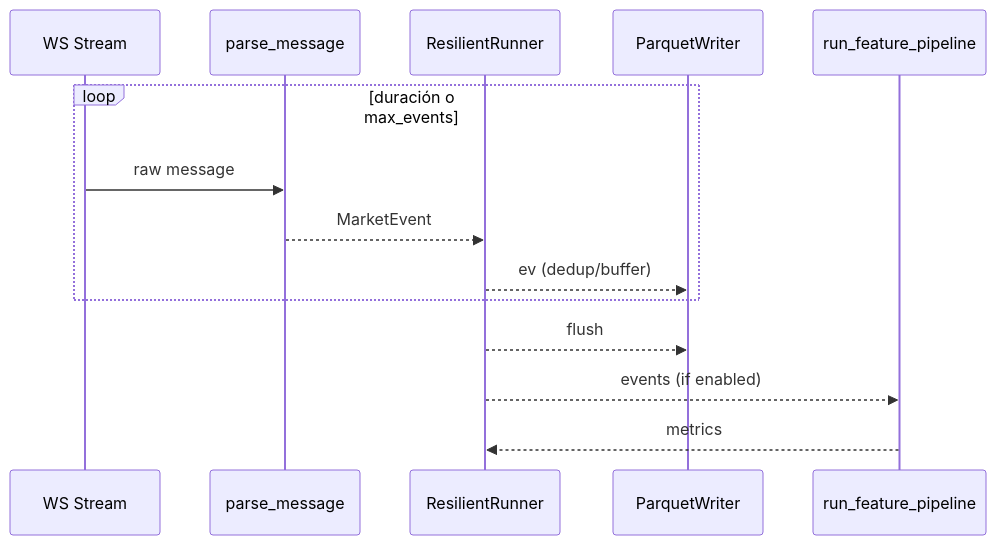
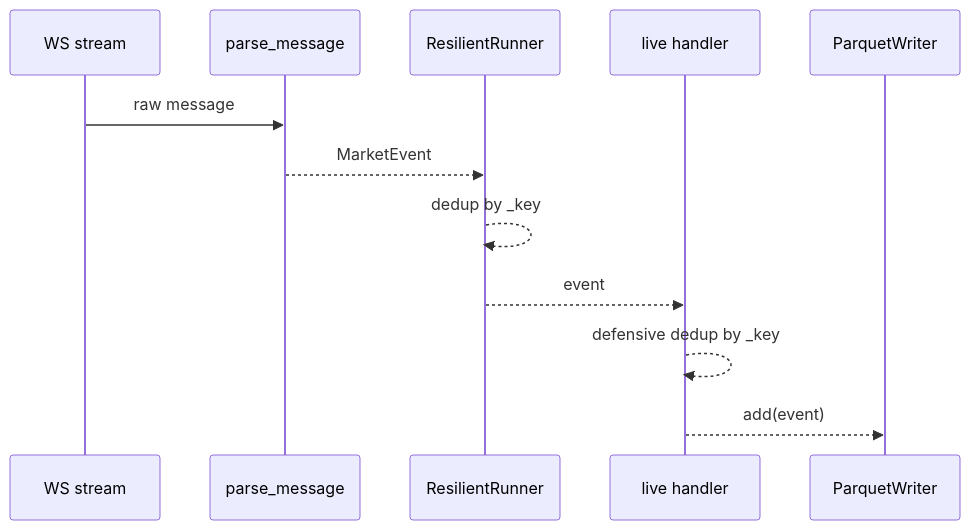
One commit to oscarlgarcia/MyTraderSystem changed the second of 5 diagrams in docs/ingestion.md. Above: the diagram before and after it, drawn with Mermaid. The commit also changed other lines of this file and 9 other files, not shown here.

Commit message:
Unify ingestion dedup across live and backfill

````diff
--- a/docs/ingestion.md
+++ b/docs/ingestion.md
@@ -74,17 +83,15 @@
 ```mermaid
 sequenceDiagram
-  participant WS as WS Stream
+  participant WS as WS stream
   participant Client as parse_message
   participant Runner as ResilientRunner
+  participant Handler as live handler
   participant Writer as ParquetWriter
-  participant Features as run_feature_pipeline
 
-  loop duración o max_events
-    WS->>Client: raw message
-    Client-->>Runner: MarketEvent
-    Runner-->>Writer: ev (dedup/buffer)
-  end
-  Runner-->>Writer: flush
-  Runner-->>Features: events (if enabled)
-  Features-->>Runner: metrics
+  WS->>Client: raw message
+  Client-->>Runner: MarketEvent
+  Runner-->>Runner: dedup by _key
+  Runner-->>Handler: event
+  Handler-->>Handler: defensive dedup by _key
+  Handler-->>Writer: add(event)
 ```
````
